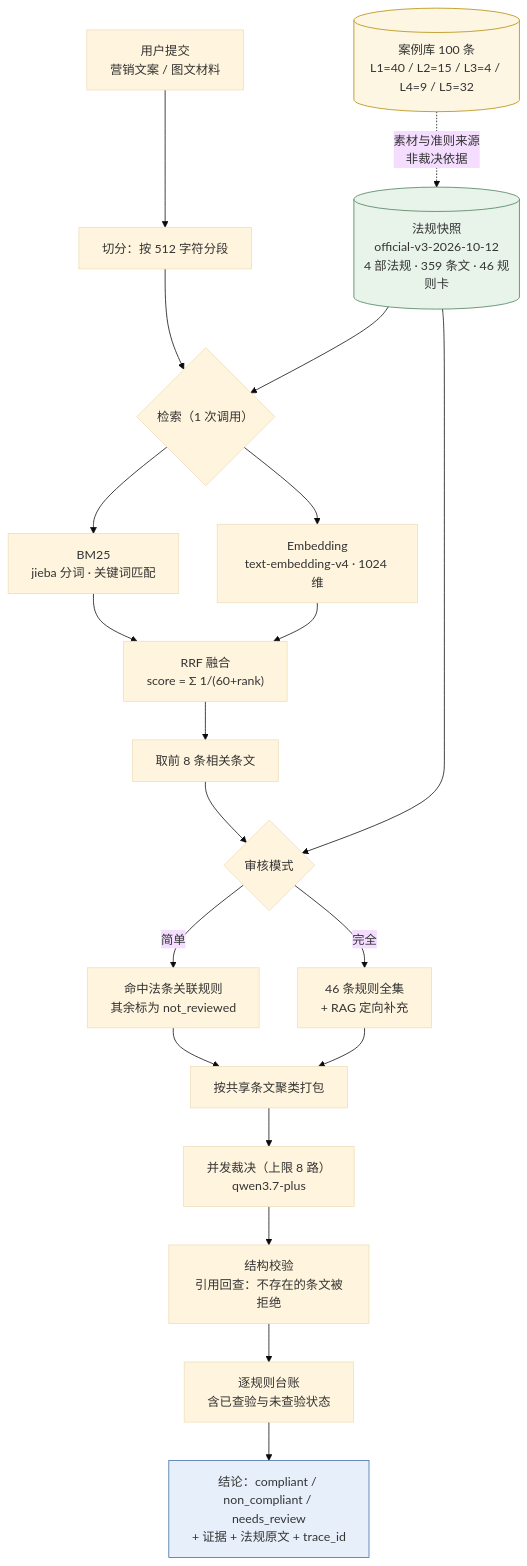
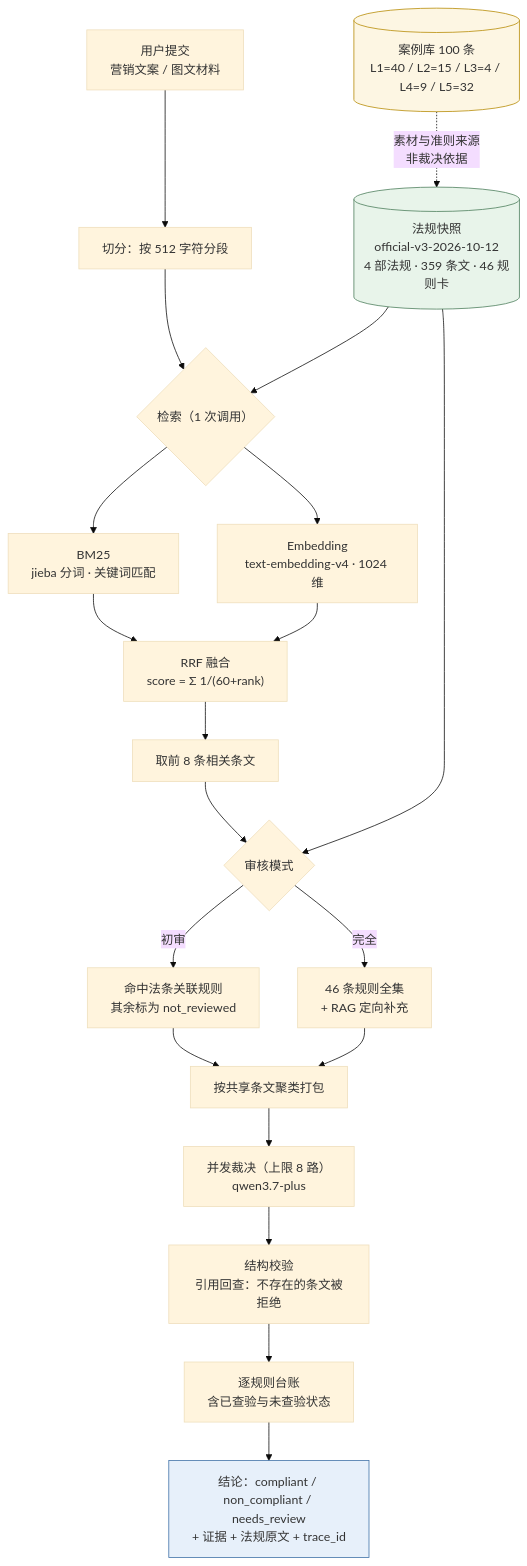
One commit to yuwei823/baoxuanzhushou changed the diagram in docs/project-introduction.md. Above: the diagram before and after it, drawn with Mermaid (base theme). The commit also changed other lines of this file and 17 other files, not shown here.

````diff
--- a/docs/project-introduction.md
+++ b/docs/project-introduction.md
@@ -280,30 +280,30 @@
 ```mermaid
 flowchart TD
     A["用户提交<br/>营销文案 / 图文材料"] --> B["切分：按 512 字符分段"]
     B --> C{"检索（1 次调用）"}
 
     C --> D["BM25<br/>jieba 分词 · 关键词匹配"]
     C --> E["Embedding<br/>text-embedding-v4 · 1024 维"]
     D --> F["RRF 融合<br/>score = Σ 1/(60+rank)"]
     E --> F
     F --> G["取前 8 条相关条文"]
 
     H[("法规快照<br/>official-v3-2026-10-12<br/>4 部法规 · 359 条文 · 46 规则卡")] --> C
     H --> I{"审核模式"}
     G --> I
-    I -->|简单| O["命中法条关联规则<br/>其余标为 not_reviewed"]
+    I -->|初审| O["命中法条关联规则<br/>其余标为 not_reviewed"]
     I -->|完全| P["46 条规则全集<br/>+ RAG 定向补充"]
     O --> J["按共享条文聚类打包"]
     P --> J
     J --> K["并发裁决（上限 8 路）<br/>qwen3.7-plus"]
     K --> L["结构校验<br/>引用回查：不存在的条文被拒绝"]
 
     L --> M["逐规则台账<br/>含已查验与未查验状态"]
     M --> Q["结论：compliant / non_compliant / needs_review<br/>+ 证据 + 法规原文 + trace_id"]
 
     R[("案例库 100 条<br/>L1=40 / L2=15 / L3=4 / L4=9 / L5=32")] -.->|"素材与准则来源<br/>非裁决依据"| H
 
     style H fill:#e8f4ea,stroke:#4a7c59
     style R fill:#fdf6e3,stroke:#b58900
     style Q fill:#e7f0fa,stroke:#3b6ea5
 ```
````
